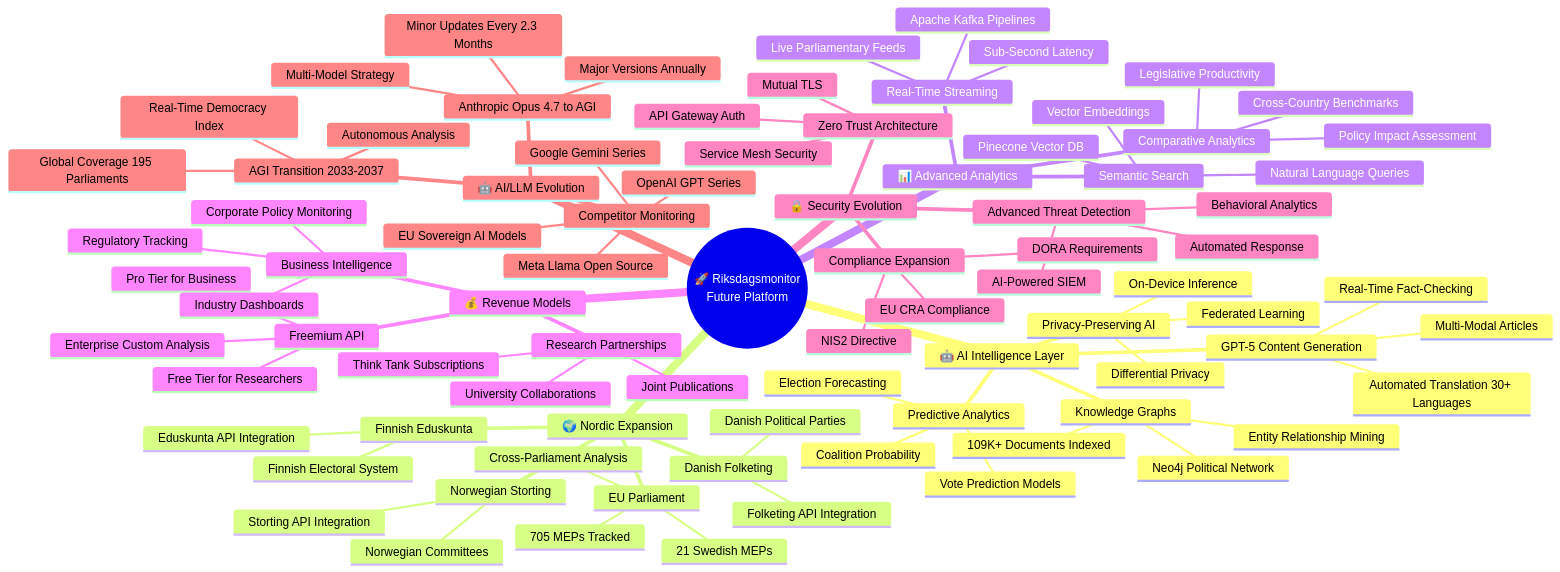
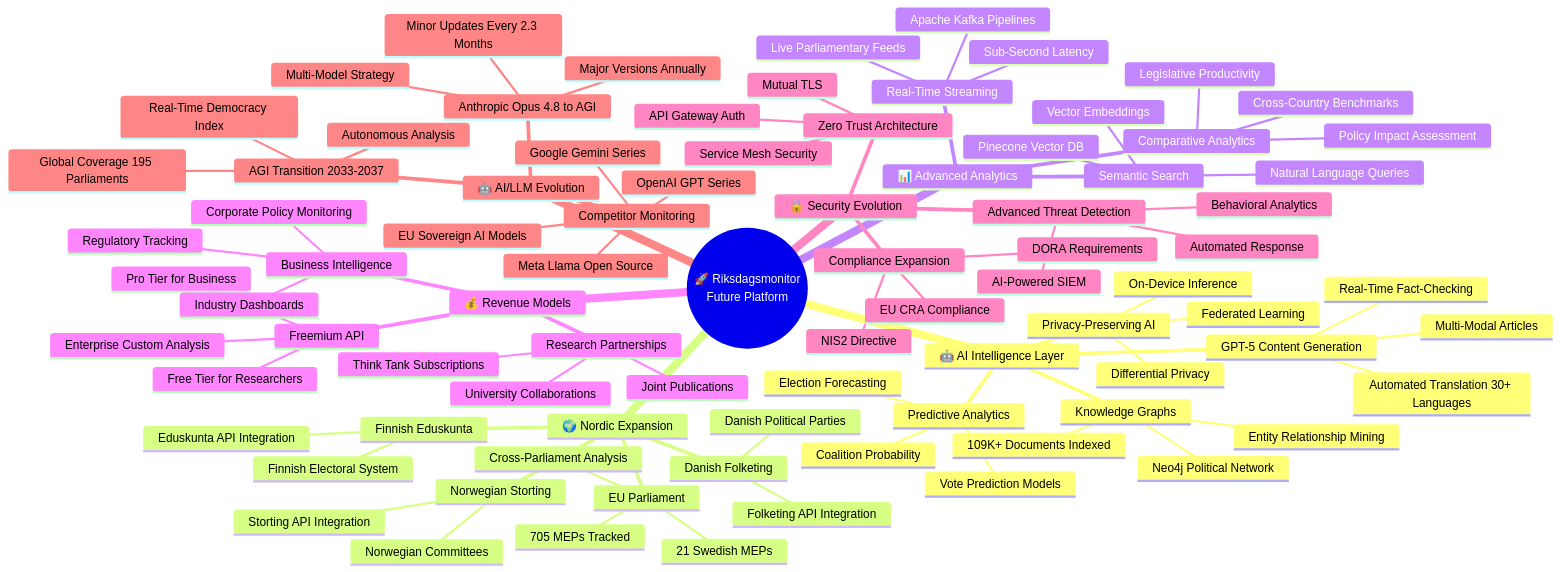
Before and after one commit to Hack23/riksdagsmonitor: the first of 11 diagrams in FUTURE_MINDMAP.md, drawn with Mermaid. The commit also changed other lines of this file and 42 other files, not shown here.

```diff
--- a/FUTURE_MINDMAP.md
+++ b/FUTURE_MINDMAP.md
@@ -124,7 +124,7 @@
         NIS2 Directive
         DORA Requirements
     🤖 AI/LLM Evolution
-      Anthropic Opus 4.7 to AGI
+      Anthropic Opus 4.8 to AGI
         Minor Updates Every 2.3 Months
         Major Versions Annually
         Multi-Model Strategy
```
